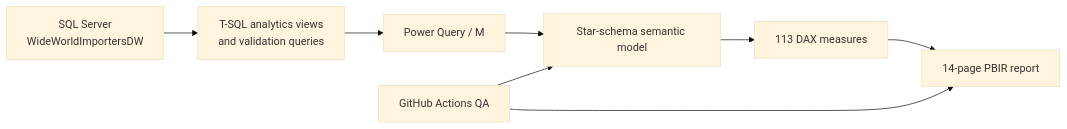
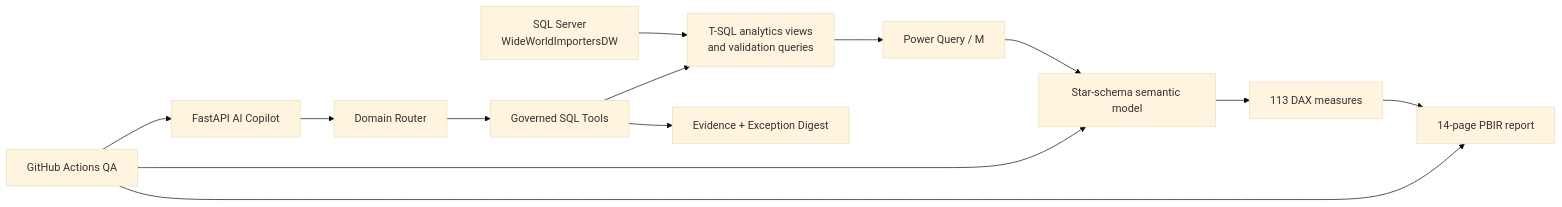
The diagram in README.md (rjraunak04/supplychain360-powerbi-analytics), drawn with Mermaid (base theme) before and after one commit. The commit also changed other lines of this file and 1 other file, not shown here.

````diff
--- a/README.md
+++ b/README.md
@@ -25,14 +25,21 @@
 ```mermaid
 flowchart LR
     A[SQL Server<br/>WideWorldImportersDW]
     B[T-SQL analytics views<br/>and validation queries]
     C[Power Query / M]
     D[Star-schema semantic model]
     E[113 DAX measures]
     F[14-page PBIR report]
     G[GitHub Actions QA]
+    H[FastAPI AI Copilot]
+    I[Domain Router]
+    J[Governed SQL Tools]
+    K[Evidence + Exception Digest]
 
     A --> B --> C --> D --> E --> F
+    H --> I --> J --> B
+    J --> K
     G --> F
     G --> D
+    G --> H
 ```
````
